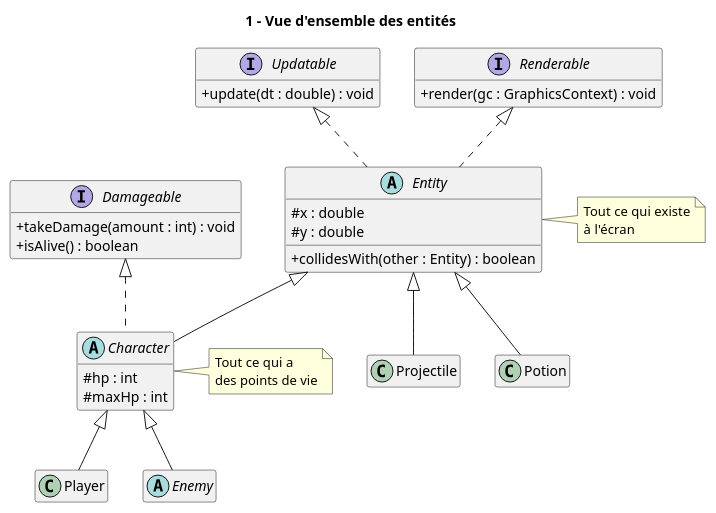
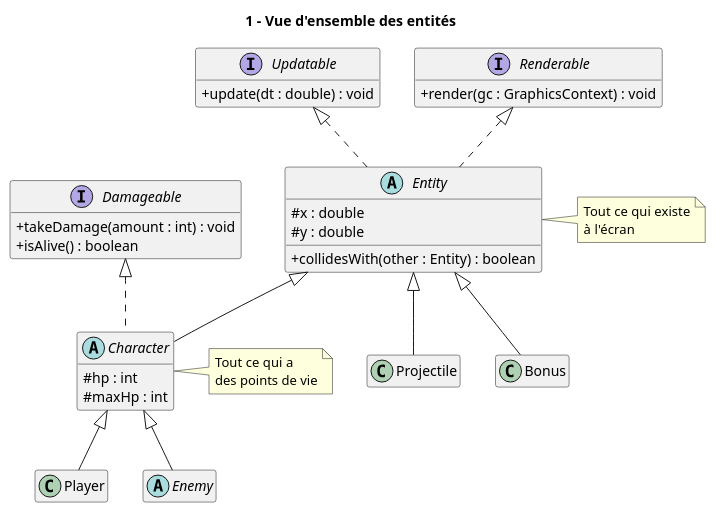
The diagram in Docs/Diagrammes/1_vue_ensemble.puml (MeghCH/2d-Game-Natural-Fatal-IA), drawn with PlantUML before and after one commit. The commit also changed 9 other files, not shown here.

Commit message:
fix: align UML diagrams with code, fix build and boss phases

```diff
--- a/Docs/Diagrammes/1_vue_ensemble.puml
+++ b/Docs/Diagrammes/1_vue_ensemble.puml
@@ -1,56 +1,56 @@
 @startuml 1_vue_ensemble
 title 1 - Vue d'ensemble des entités
 
 skinparam classAttributeIconSize 0
 skinparam shadowing false
 hide empty members
 
 interface Updatable {
   + update(dt : double) : void
 }
 
 interface Renderable {
   + render(gc : GraphicsContext) : void
 }
 
 interface Damageable {
   + takeDamage(amount : int) : void
   + isAlive() : boolean
 }
 
 abstract class Entity {
   # x : double
   # y : double
   + collidesWith(other : Entity) : boolean
 }
 
 abstract class Character {
   # hp : int
   # maxHp : int
 }
 
 class Projectile
 class Player
 abstract class Enemy
-class Potion
+class Bonus
 
 Updatable <|.. Entity
 Renderable <|.. Entity
 Entity <|-- Character
 Entity <|-- Projectile
 Damageable <|.. Character
 Character <|-- Player
 Character <|-- Enemy
-Entity <|-- Potion
+Entity <|-- Bonus
 
 note right of Entity
   Tout ce qui existe
   à l'écran
 end note
 
 note right of Character
   Tout ce qui a
   des points de vie
 end note
 
 @enduml
```
